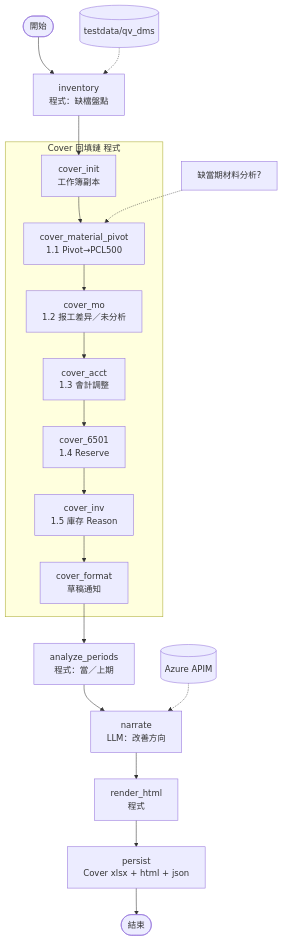
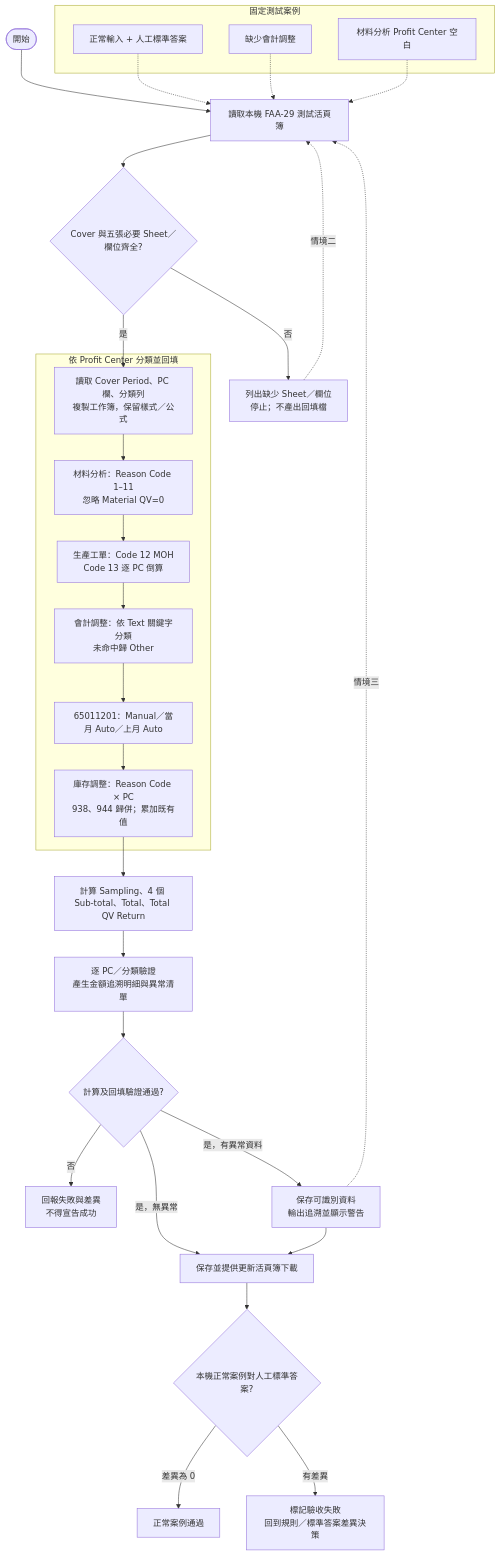
One commit to jellyfish00001/MoAgentChat_Work changed the first of 2 diagrams in docs/flow-templates/03-範本-qv_dms_pipeline.md. Above: the diagram before and after it, drawn with Mermaid. The commit also changed other lines of this file and 7 other files, not shown here.

````diff
--- a/docs/flow-templates/03-範本-qv_dms_pipeline.md
+++ b/docs/flow-templates/03-範本-qv_dms_pipeline.md
@@ -24,24 +16,37 @@
 ```mermaid
 flowchart TD
-  S([開始]) --> Inv[inventory<br/>程式：缺檔盤點]
-  Inv --> Init[cover_init<br/>工作簿副本]
+  S([開始]) --> I[讀取本機 FAA-29 測試活頁簿]
+  I --> V{Cover 與五張必要 Sheet／欄位齊全?}
+  V -- 否 --> E[列出缺少 Sheet／欄位<br/>停止；不產出回填檔]
+  V -- 是 --> C[讀取 Cover Period、PC 欄、分類列<br/>複製工作簿，保留樣式／公式]
 
-  subgraph coverChain [Cover 回填鏈 程式]
-    Init --> M1[cover_material_pivot<br/>1.1 Pivot→PCL500]
-    M1 --> M2[cover_mo<br/>1.2 报工差异／未分析]
-    M2 --> M3[cover_acct<br/>1.3 會計調整]
-    M3 --> M4[cover_6501<br/>1.4 Reserve]
-    M4 --> M5[cover_inv<br/>1.5 庫存 Reason]
-    M5 --> Fmt[cover_format<br/>草稿通知]
+  subgraph Fill [依 Profit Center 分類並回填]
+    C --> M[材料分析：Reason Code 1–11<br/>忽略 Material QV=0]
+    M --> P[生產工單：Code 12 MOH<br/>Code 13 逐 PC 倒算]
+    P --> A[會計調整：依 Text 關鍵字分類<br/>未命中歸 Other]
+    A --> R[65011201：Manual／當月 Auto／上月 Auto]
+    R --> N[庫存調整：Reason Code × PC<br/>938、944 歸併；累加既有值]
   end
 
-  Fmt --> AP[analyze_periods<br/>程式：當／上期]
-  AP --> N[narrate<br/>LLM：改善方向]
-  N --> H[render_html<br/>程式]
-  H --> P[persist<br/>Cover xlsx + html + json]
-  P --> E([結束])
+  N --> T[計算 Sampling、4 個 Sub-total、Total、Total QV Return]
+  T --> Q[逐 PC／分類驗證<br/>產生金額追溯明細與異常清單]
+  Q --> D{計算及回填驗證通過?}
+  D -- 否 --> F[回報失敗與差異<br/>不得宣告成功]
+  D -- 是，有異常資料 --> W[保存可識別資料<br/>輸出追溯並顯示警告]
+  D -- 是，無異常 --> O[保存並提供更新活頁簿下載]
+  W --> O
 
-  Files[(testdata/qv_dms)] -.-> Inv
-  Miss[缺當期材料分析?] -.-> M1
-  APIM[(Azure APIM)] -.-> N
+  O --> G{本機正常案例對人工標準答案?}
+  G -- 差異為 0 --> PASS[正常案例通過]
+  G -- 有差異 --> GAP[標記驗收失敗<br/>回到規則／標準答案差異決策]
+  E -. 情境二 .-> I
+  W -. 情境三 .-> I
+  subgraph Fixtures [固定測試案例]
+    FI[正常輸入 + 人工標準答案]
+    F2[缺少會計調整]
+    F3[材料分析 Profit Center 空白]
+  end
+  FI -.-> I
+  F2 -.-> I
+  F3 -.-> I
 ```
````
